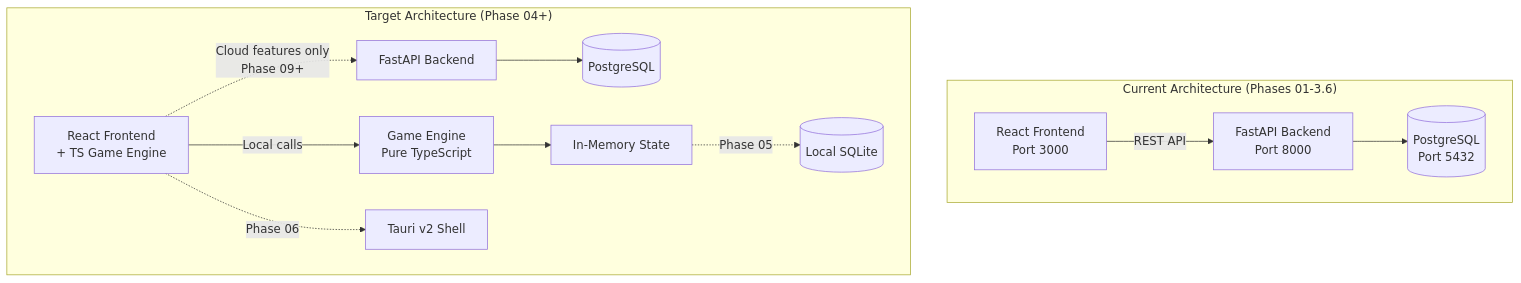
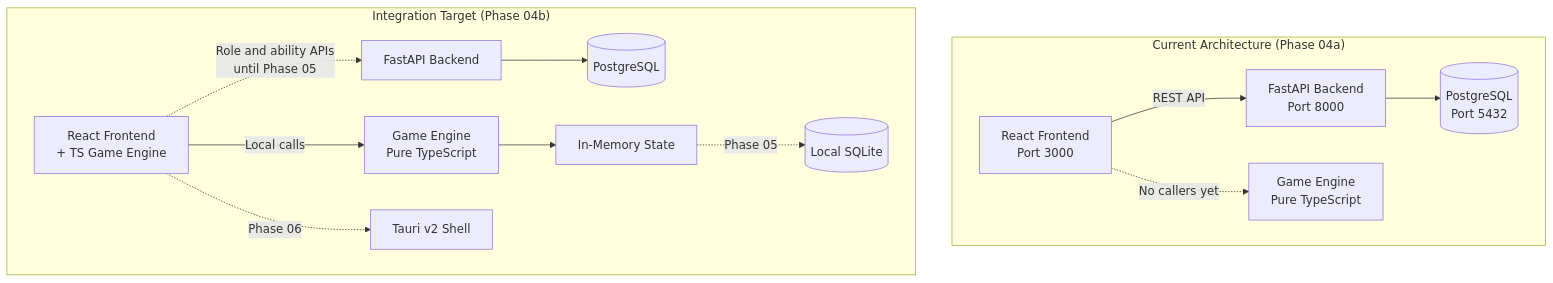
One commit to threnjen/yourwolf-monorepo changed the first of 3 diagrams in docs/ARCHITECTURE.md. Above: the diagram before and after it, drawn with Mermaid. The commit also changed other lines of this file and 61 other files, not shown here.

First line of the commit message:
Phase/phase 04 client side game engine (#14)

````diff
--- a/docs/ARCHITECTURE.md
+++ b/docs/ARCHITECTURE.md
@@ -11,16 +11,18 @@
 ```mermaid
+%% Current Phase 04a boundaries and the planned integration path.
 flowchart TD
-    subgraph Current["Current Architecture (Phases 01-3.6)"]
+    subgraph Current["Current Architecture (Phase 04a)"]
         FE1[React Frontend<br>Port 3000] -->|REST API| BE1[FastAPI Backend<br>Port 8000]
         BE1 --> DB1[(PostgreSQL<br>Port 5432)]
+        FE1 -.->|No callers yet| ENG1[Game Engine<br>Pure TypeScript]
     end
 
-    subgraph Target["Target Architecture (Phase 04+)"]
+    subgraph Target["Integration Target (Phase 04b)"]
         FE2[React Frontend<br>+ TS Game Engine] -->|Local calls| ENG[Game Engine<br>Pure TypeScript]
-        FE2 -.->|Cloud features only<br>Phase 09+| BE2[FastAPI Backend]
+        FE2 -.->|Role and ability APIs<br>until Phase 05| BE2[FastAPI Backend]
         BE2 --> DB2[(PostgreSQL)]
         ENG --> MEM[In-Memory State]
         MEM -.->|Phase 05| SQLite[(Local SQLite)]
         FE2 -.->|Phase 06| TAURI[Tauri v2 Shell]
     end
 ```
````
